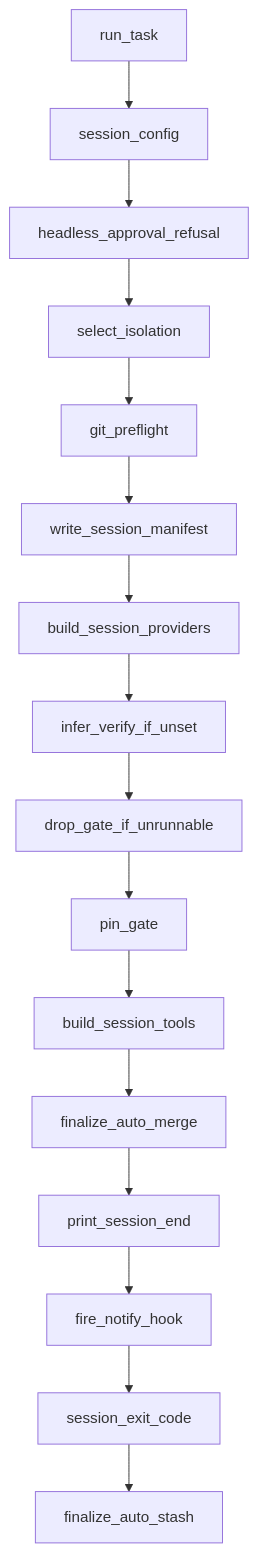
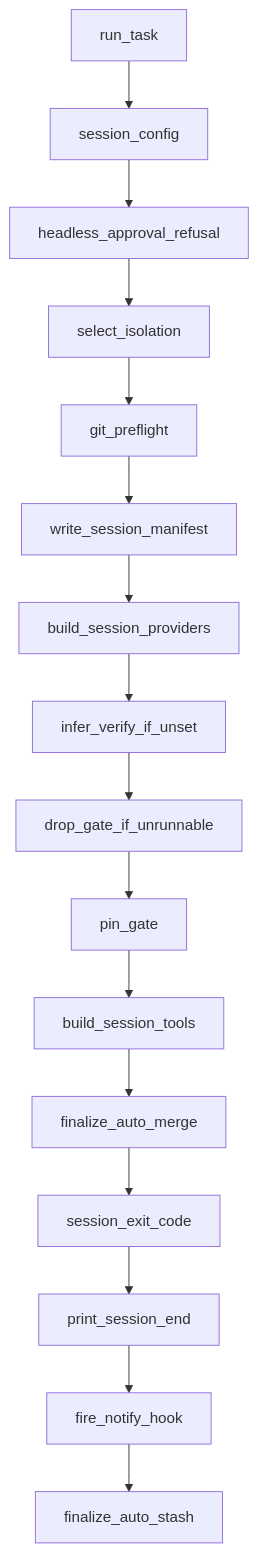
One commit to agent6-dev/agent6 changed the fourth of 6 diagrams in docs/architecture.md. Above: the diagram before and after it, drawn with Mermaid. The commit also changed 9 other files, not shown here.

````diff
--- a/docs/architecture.md
+++ b/docs/architecture.md
@@ -148,34 +148,34 @@
 ```mermaid
 graph TD
     n_run_task["run_task"]
     n_session_config["session_config"]
     n_headless_approval_refusal["headless_approval_refusal"]
     n_select_isolation["select_isolation"]
     n_git_preflight["git_preflight"]
     n_write_session_manifest["write_session_manifest"]
     n_build_session_providers["build_session_providers"]
     n_infer_verify_if_unset["infer_verify_if_unset"]
     n_drop_gate_if_unrunnable["drop_gate_if_unrunnable"]
     n_pin_gate["pin_gate"]
     n_build_session_tools["build_session_tools"]
     n_finalize_auto_merge["finalize_auto_merge"]
+    n_session_exit_code["session_exit_code"]
     n_print_session_end["print_session_end"]
     n_fire_notify_hook["fire_notify_hook"]
-    n_session_exit_code["session_exit_code"]
     n_finalize_auto_stash["finalize_auto_stash"]
     n_run_task --> n_session_config
     n_session_config --> n_headless_approval_refusal
     n_headless_approval_refusal --> n_select_isolation
     n_select_isolation --> n_git_preflight
     n_git_preflight --> n_write_session_manifest
     n_write_session_manifest --> n_build_session_providers
     n_build_session_providers --> n_infer_verify_if_unset
     n_infer_verify_if_unset --> n_drop_gate_if_unrunnable
     n_drop_gate_if_unrunnable --> n_pin_gate
     n_pin_gate --> n_build_session_tools
     n_build_session_tools --> n_finalize_auto_merge
-    n_finalize_auto_merge --> n_print_session_end
+    n_finalize_auto_merge --> n_session_exit_code
+    n_session_exit_code --> n_print_session_end
     n_print_session_end --> n_fire_notify_hook
-    n_fire_notify_hook --> n_session_exit_code
-    n_session_exit_code --> n_finalize_auto_stash
+    n_fire_notify_hook --> n_finalize_auto_stash
 ```
````
